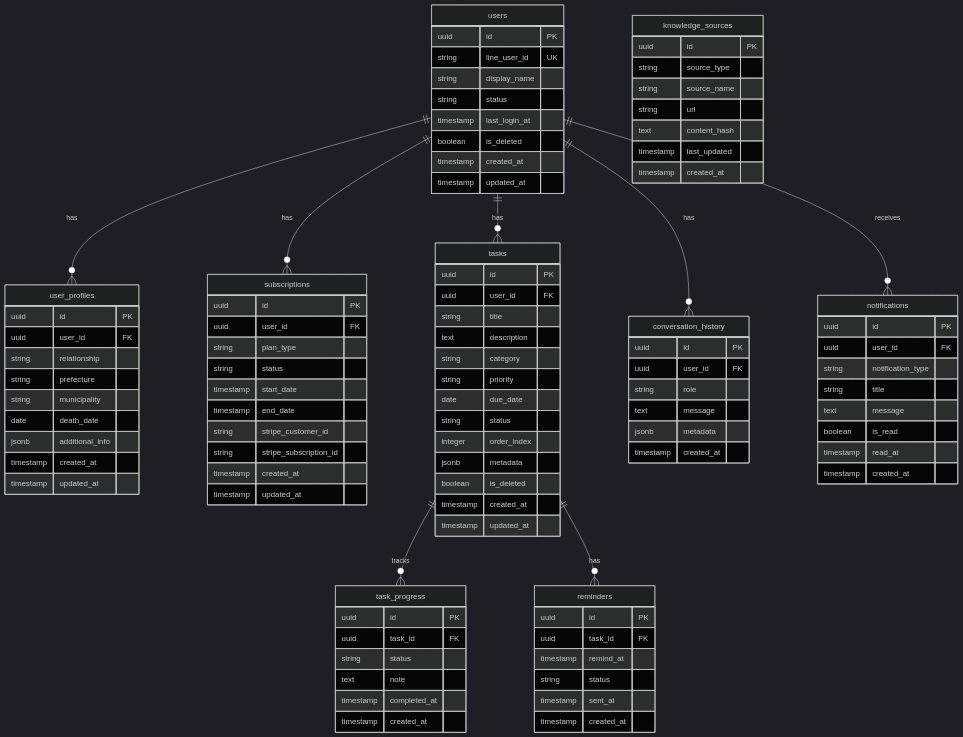
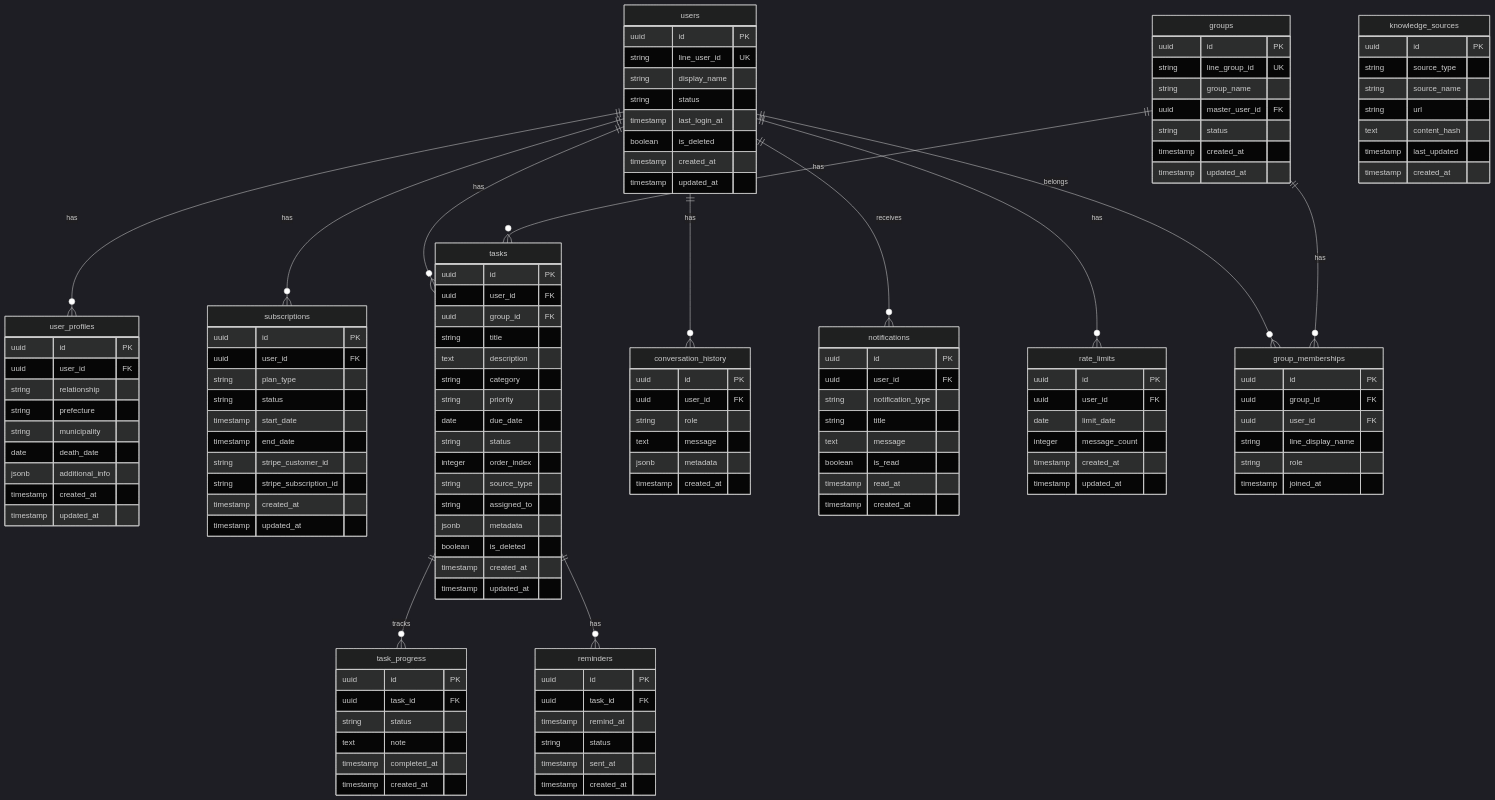
Before and after one commit to koichi1115/uketsuguAI: the diagram in 01_docs/03_データベース設計書.md, drawn with Mermaid (dark theme). The commit also changed other lines of this file and 1 other file, not shown here.

````diff
--- a/01_docs/03_データベース設計書.md
+++ b/01_docs/03_データベース設計書.md
@@ -26,6 +26,10 @@
     users ||--o{ tasks : "has"
     users ||--o{ conversation_history : "has"
     users ||--o{ notifications : "receives"
+    users ||--o{ rate_limits : "has"
+    users ||--o{ group_memberships : "belongs"
+    groups ||--o{ group_memberships : "has"
+    groups ||--o{ tasks : "has"
     tasks ||--o{ task_progress : "tracks"
     tasks ||--o{ reminders : "has"
 
@@ -68,6 +72,7 @@
     tasks {
         uuid id PK
         uuid user_id FK
+        uuid group_id FK
         string title
         text description
         string category
@@ -75,6 +80,8 @@
         date due_date
         string status
         integer order_index
+        string source_type
+        string assigned_to
         jsonb metadata
         boolean is_deleted
         timestamp created_at
@@ -128,4 +135,32 @@
         timestamp last_updated
         timestamp created_at
     }
+
+    groups {
+        uuid id PK
+        string line_group_id UK
+        string group_name
+        uuid master_user_id FK
+        string status
+        timestamp created_at
+        timestamp updated_at
+    }
+
+    group_memberships {
+        uuid id PK
+        uuid group_id FK
+        uuid user_id FK
+        string line_display_name
+        string role
+        timestamp joined_at
+    }
+
+    rate_limits {
+        uuid id PK
+        uuid user_id FK
+        date limit_date
+        integer message_count
+        timestamp created_at
+        timestamp updated_at
+    }
 ```
````
